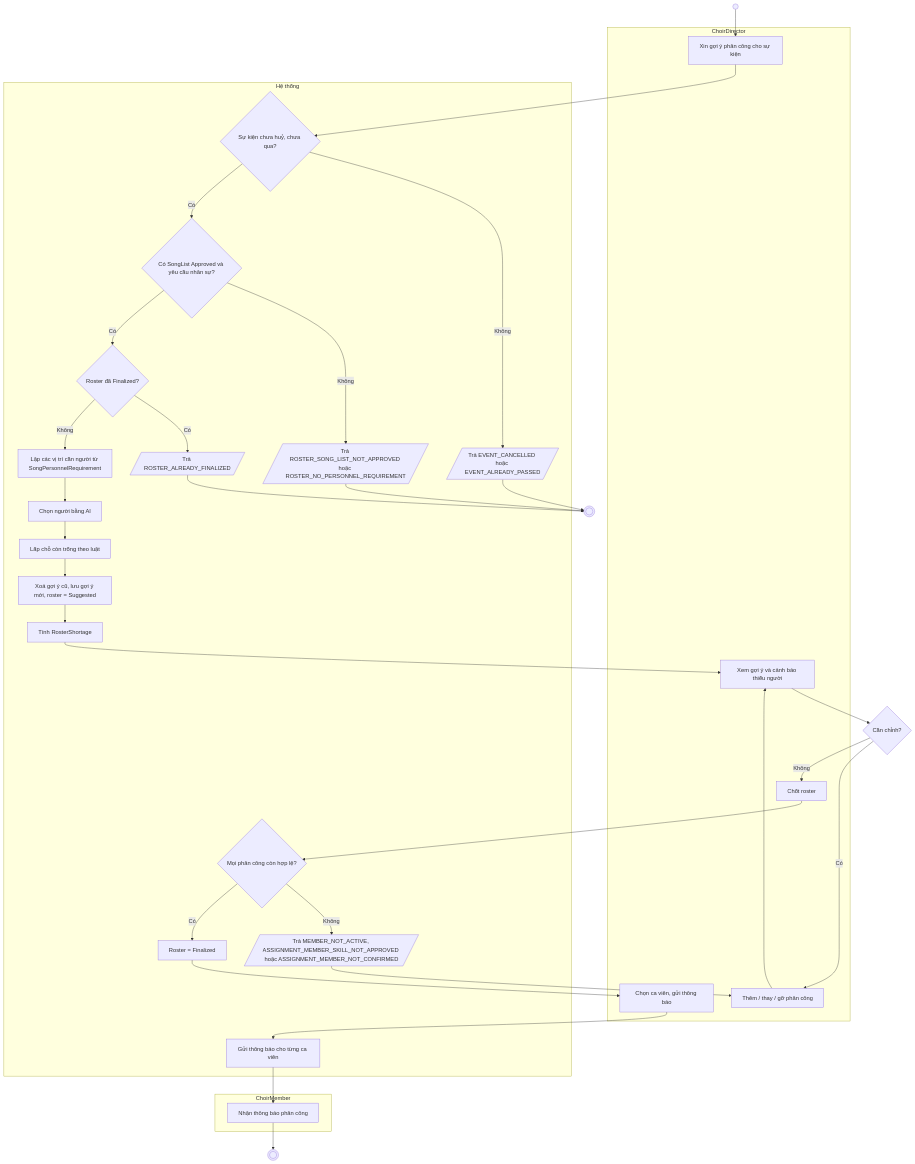
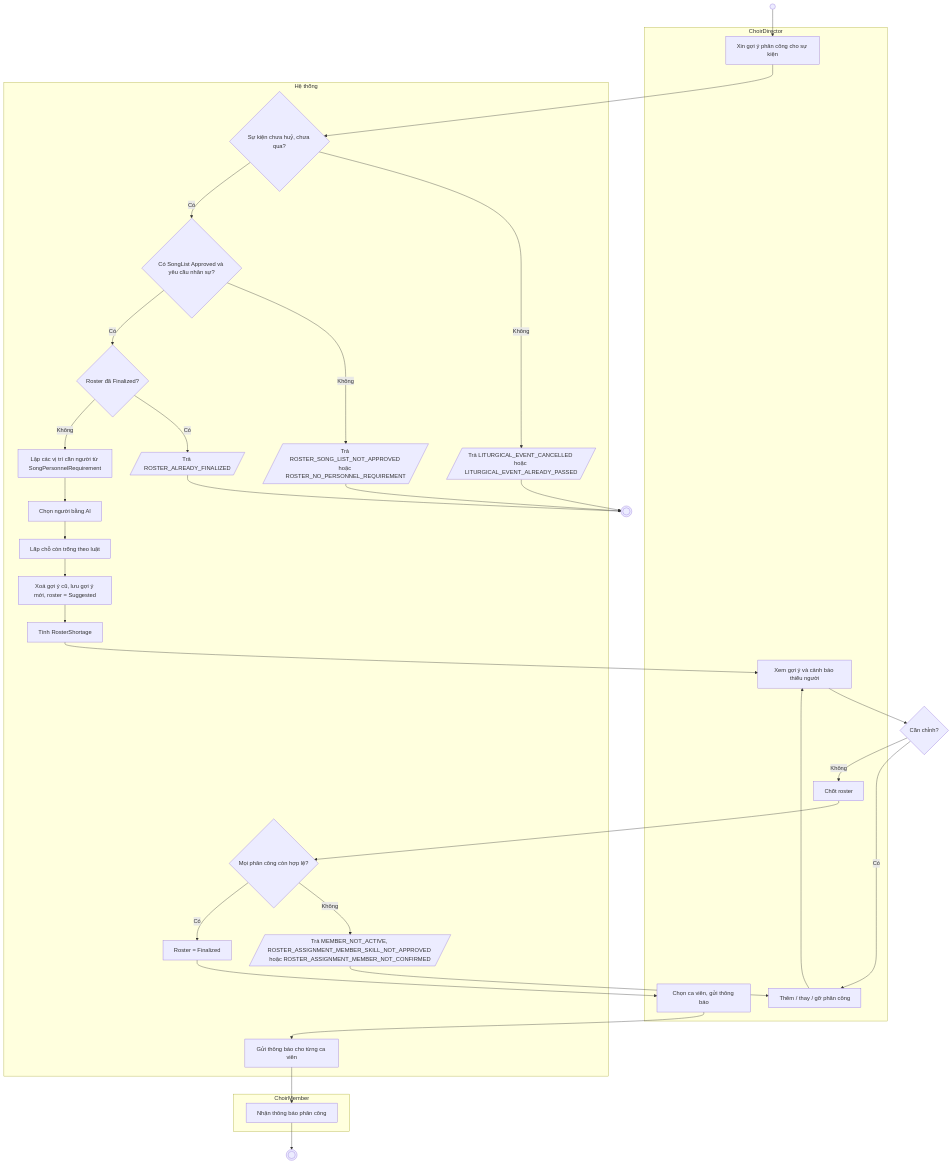
Before and after one commit to Harmonia-FA26SE066-GFA143/Harmonia-BE: the third of 5 diagrams in doc/harmonia-activity-diagram-guide.md, drawn with Mermaid. The commit also changed other lines of this file and 91 other files, not shown here.

````diff
--- a/doc/harmonia-activity-diagram-guide.md
+++ b/doc/harmonia-activity-diagram-guide.md
@@ -183,47 +183,47 @@
 ```mermaid
 flowchart TD
     S(( )) --> A1
 
     subgraph CD[ChoirDirector]
         A1[Xin gợi ý phân công cho sự kiện]
         A2[Xem gợi ý và cảnh báo thiếu người]
         A3[Thêm / thay / gỡ phân công]
         A4[Chốt roster]
         A5[Chọn ca viên, gửi thông báo]
     end
 
     subgraph SYS[Hệ thống]
         D1{Sự kiện chưa huỷ, chưa qua?}
         D2{Có SongList Approved và yêu cầu nhân sự?}
         D3{Roster đã Finalized?}
         B1[Lập các vị trí cần người từ SongPersonnelRequirement]
         B2[Chọn người bằng AI]
         B3[Lấp chỗ còn trống theo luật]
         B4[Xoá gợi ý cũ, lưu gợi ý mới, roster = Suggested]
         B5[Tính RosterShortage]
         D4{Mọi phân công còn hợp lệ?}
         B6[Roster = Finalized]
         B7[Gửi thông báo cho từng ca viên]
-        X1[/Trả EVENT_CANCELLED hoặc EVENT_ALREADY_PASSED/]
+        X1[/Trả LITURGICAL_EVENT_CANCELLED hoặc LITURGICAL_EVENT_ALREADY_PASSED/]
         X2[/Trả ROSTER_SONG_LIST_NOT_APPROVED hoặc ROSTER_NO_PERSONNEL_REQUIREMENT/]
         X3[/Trả ROSTER_ALREADY_FINALIZED/]
-        X4[/Trả MEMBER_NOT_ACTIVE, ASSIGNMENT_MEMBER_SKILL_NOT_APPROVED hoặc ASSIGNMENT_MEMBER_NOT_CONFIRMED/]
+        X4[/Trả MEMBER_NOT_ACTIVE, ROSTER_ASSIGNMENT_MEMBER_SKILL_NOT_APPROVED hoặc ROSTER_ASSIGNMENT_MEMBER_NOT_CONFIRMED/]
     end
 
     subgraph CM[ChoirMember]
         M1[Nhận thông báo phân công]
     end
 
     A1 --> D1
     D1 -- Không --> X1 --> E1(((" ")))
     D1 -- Có --> D2
     D2 -- Không --> X2 --> E1
     D2 -- Có --> D3
     D3 -- Có --> X3 --> E1
     D3 -- Không --> B1 --> B2 --> B3 --> B4 --> B5 --> A2
     A2 --> D5{Cần chỉnh?}
     D5 -- Có --> A3 --> A2
     D5 -- Không --> A4 --> D4
     D4 -- Không --> X4 --> A3
     D4 -- Có --> B6 --> A5 --> B7 --> M1 --> E2(((" ")))
 ```
````
